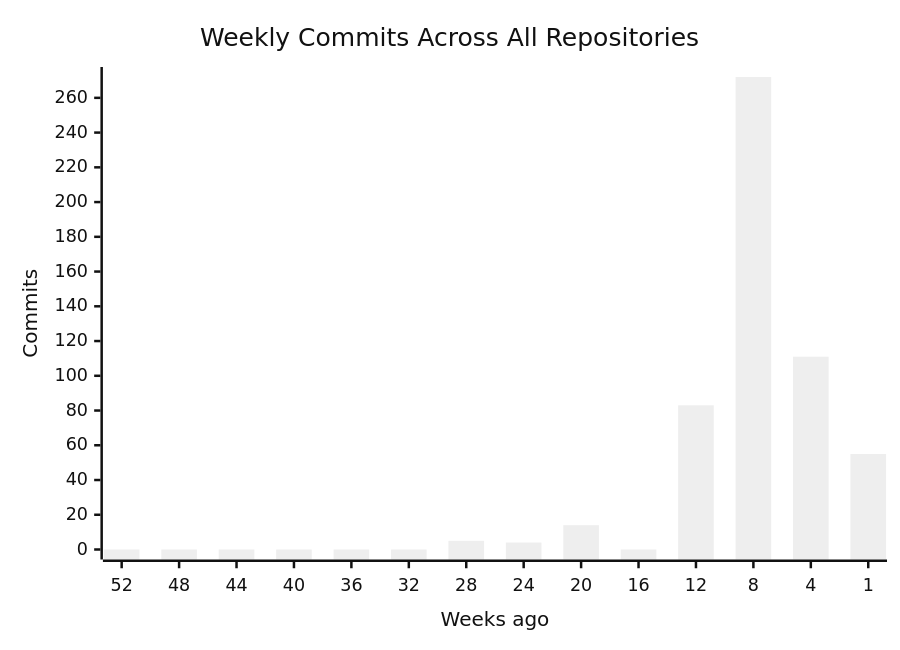
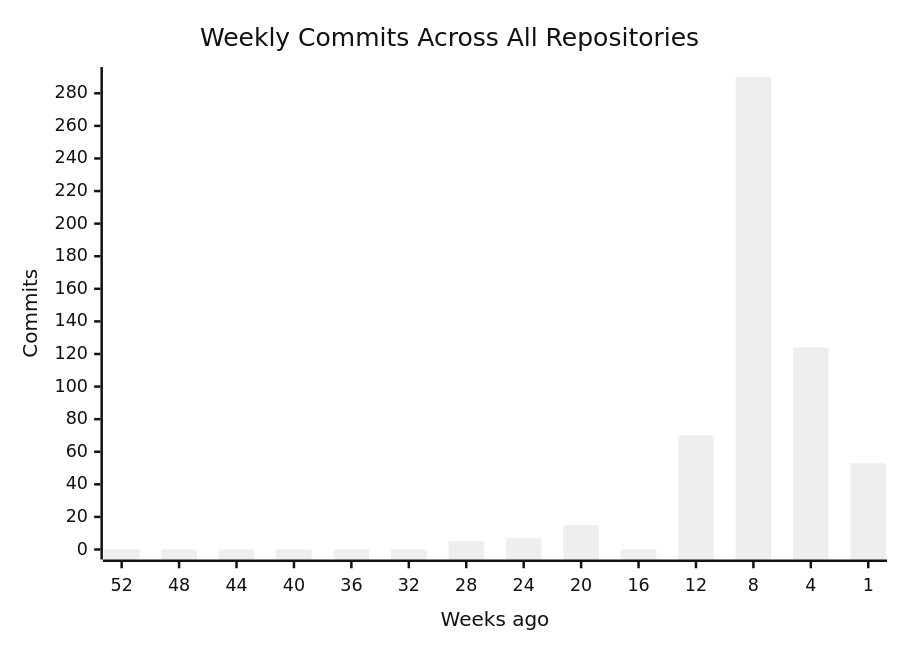
The first of 4 diagrams in profile/README.md (CSTH-Projects/.github), drawn with Mermaid (neutral theme) before and after one commit. The commit also changed other lines of this file, not shown here.

````diff
--- a/profile/README.md
+++ b/profile/README.md
@@ -16,7 +16,7 @@
 ```mermaid
 xychart-beta
     title "Weekly Commits Across All Repositories"
     x-axis "Weeks ago" [52, 48, 44, 40, 36, 32, 28, 24, 20, 16, 12, 8, 4, 1]
     y-axis "Commits"
-    bar [0, 0, 0, 0, 0, 0, 5, 4, 14, 0, 83, 272, 111, 55]
+    bar [0, 0, 0, 0, 0, 0, 5, 7, 15, 0, 70, 290, 124, 53]
 ```
````
